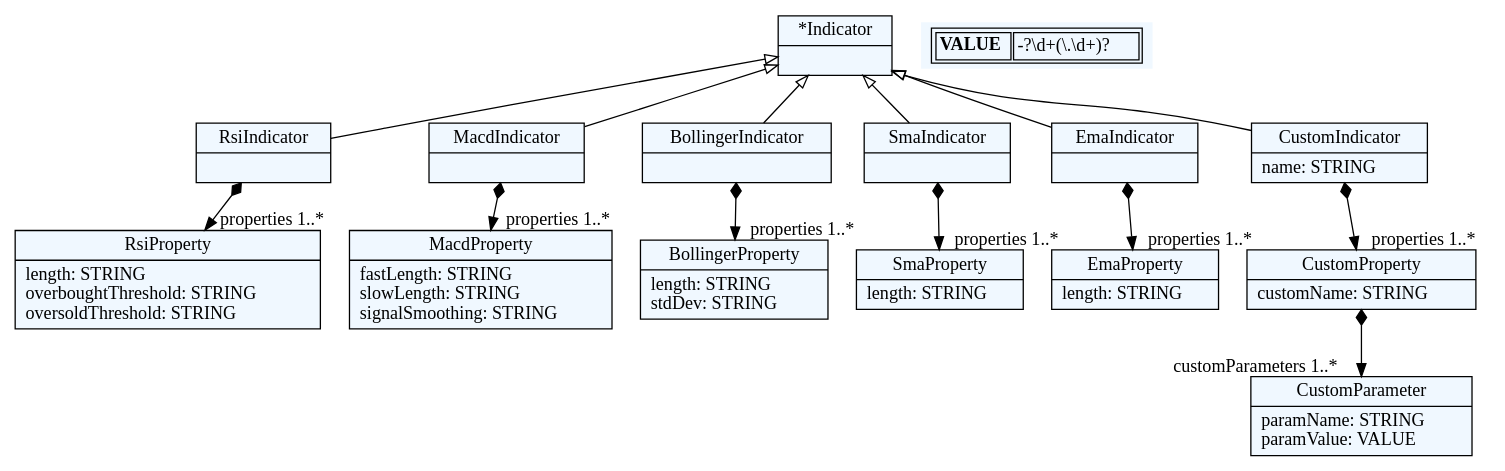
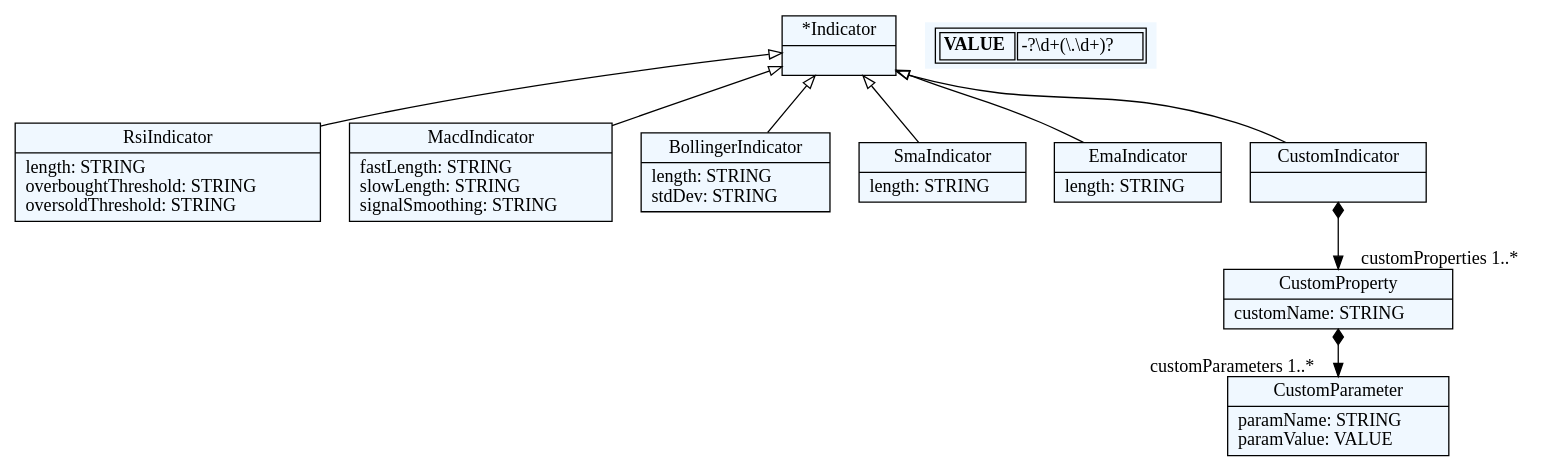
Before and after one commit to christos99/custom_hummingbot_HFCTB_DSL: the diagram in textx/indicator.dot, drawn with Graphviz. The commit also changed 3 other files, not shown here.

```diff
--- a/textx/indicator.dot
+++ b/textx/indicator.dot
@@ -1,64 +1,49 @@
 
     digraph textX {
     fontname = "Bitstream Vera Sans"
     fontsize = 8
     node[
         shape=record,
         style=filled,
         fillcolor=aliceblue
     ]
     nodesep = 0.3
     edge[dir=black,arrowtail=empty]
 
 
-4729365584[ label="{*Indicator|}"]
+4848093872[ label="{*Indicator|}"]
 
-4729367504[ label="{RsiIndicator|}"]
+4848096560[ label="{RsiIndicator|length: STRING\loverboughtThreshold: STRING\loversoldThreshold: STRING\l}"]
 
-4729370192[ label="{MacdIndicator|}"]
+4848099248[ label="{MacdIndicator|fastLength: STRING\lslowLength: STRING\lsignalSmoothing: STRING\l}"]
 
-4729372880[ label="{BollingerIndicator|}"]
+4848101936[ label="{BollingerIndicator|length: STRING\lstdDev: STRING\l}"]
 
-4729375568[ label="{SmaIndicator|}"]
+4848104624[ label="{SmaIndicator|length: STRING\l}"]
 
-4729378256[ label="{EmaIndicator|}"]
+4848107312[ label="{EmaIndicator|length: STRING\l}"]
 
-4729380944[ label="{CustomIndicator|name: STRING\l}"]
+4848110000[ label="{CustomIndicator|}"]
 
-4729383632[ label="{RsiProperty|length: STRING\loverboughtThreshold: STRING\loversoldThreshold: STRING\l}"]
+4848112688[ label="{CustomProperty|customName: STRING\l}"]
 
-4729386320[ label="{MacdProperty|fastLength: STRING\lslowLength: STRING\lsignalSmoothing: STRING\l}"]
-
-4729389008[ label="{BollingerProperty|length: STRING\lstdDev: STRING\l}"]
-
-4729391696[ label="{SmaProperty|length: STRING\l}"]
-
-4729394384[ label="{EmaProperty|length: STRING\l}"]
-
-4729397072[ label="{CustomProperty|customName: STRING\l}"]
-
-4729399760[ label="{CustomParameter|paramName: STRING\lparamValue: VALUE\l}"]
+4848115376[ label="{CustomParameter|paramName: STRING\lparamValue: VALUE\l}"]
 
 
 
-4729365584 -> 4729367504 [dir=back]
-4729365584 -> 4729370192 [dir=back]
-4729365584 -> 4729372880 [dir=back]
-4729365584 -> 4729375568 [dir=back]
-4729365584 -> 4729378256 [dir=back]
-4729365584 -> 4729380944 [dir=back]
-4729367504 -> 4729383632[arrowtail=diamond, dir=both, headlabel="properties 1..*"]
-4729370192 -> 4729386320[arrowtail=diamond, dir=both, headlabel="properties 1..*"]
-4729372880 -> 4729389008[arrowtail=diamond, dir=both, headlabel="properties 1..*"]
-4729375568 -> 4729391696[arrowtail=diamond, dir=both, headlabel="properties 1..*"]
-4729378256 -> 4729394384[arrowtail=diamond, dir=both, headlabel="properties 1..*"]
-4729380944 -> 4729397072[arrowtail=diamond, dir=both, headlabel="properties 1..*"]
-4729397072 -> 4729399760[arrowtail=diamond, dir=both, headlabel="customParameters 1..*"]
+4848093872 -> 4848096560 [dir=back]
+4848093872 -> 4848099248 [dir=back]
+4848093872 -> 4848101936 [dir=back]
+4848093872 -> 4848104624 [dir=back]
+4848093872 -> 4848107312 [dir=back]
+4848093872 -> 4848110000 [dir=back]
+4848110000 -> 4848112688[arrowtail=diamond, dir=both, headlabel="customProperties 1..*"]
+4848112688 -> 4848115376[arrowtail=diamond, dir=both, headlabel="customParameters 1..*"]
 match_rules [ shape=plaintext, label=< <table>
 	<tr>
 		<td><b>VALUE</b></td><td>-?\d+(\.\d+)?</td>
 	</tr>
 </table> >]
 
 
 }
```
